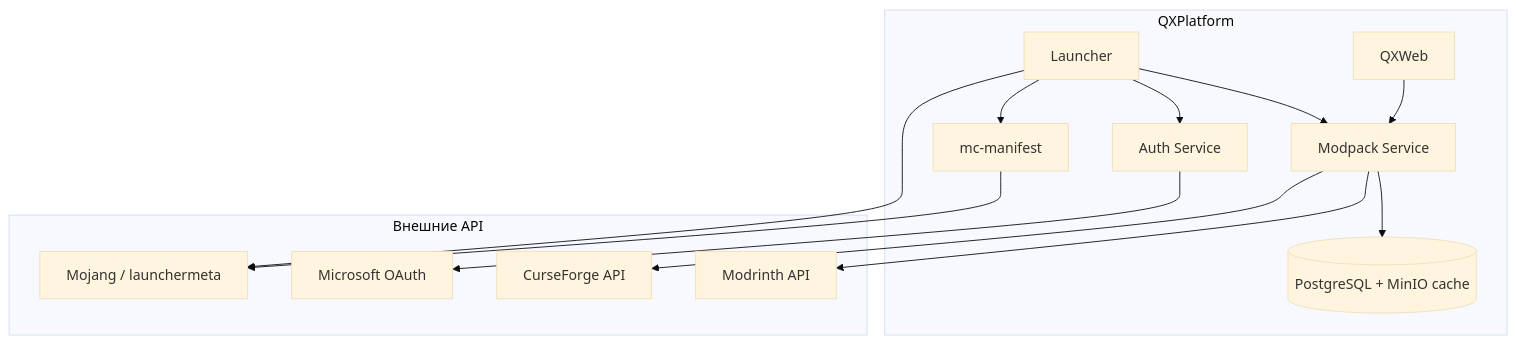
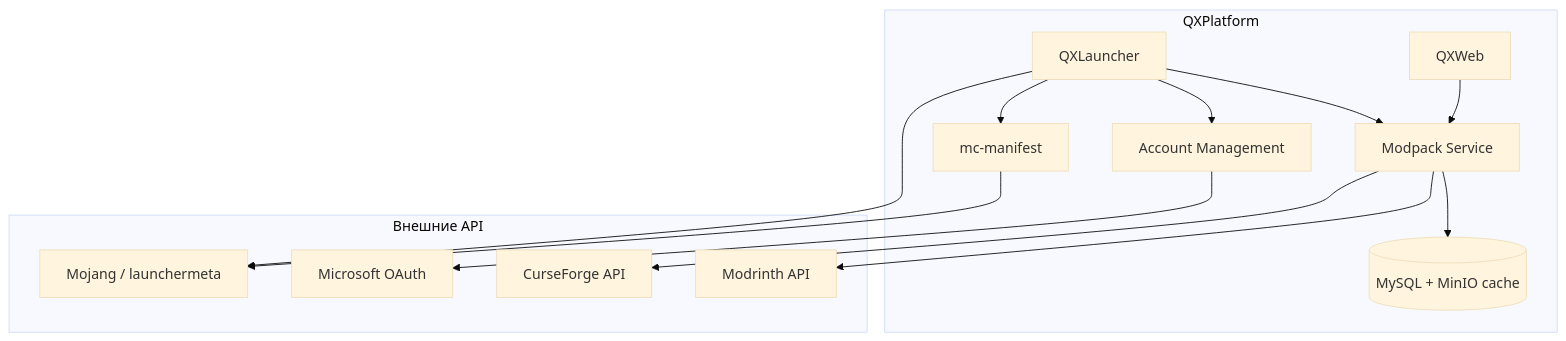
Before and after one commit to mindevis/qx-project: the ninth of 16 diagrams in docs/architecture.md, drawn with Mermaid (base theme). The commit also changed other lines of this file and 10 other files, not shown here.

````diff
--- a/docs/architecture.md
+++ b/docs/architecture.md
@@ -614,30 +630,30 @@
 ```mermaid
 flowchart TB
     subgraph qx [QXPlatform]
         Web[QXWeb]
-        Launcher[Launcher]
-        Auth[Auth Service]
+        Launcher[QXLauncher]
+        AccountMgmt[Account Management]
         ModpackSvc[Modpack Service]
         McMeta[mc-manifest]
-        Cache[(PostgreSQL + MinIO cache)]
+        Cache[(MySQL + MinIO cache)]
     end
 
     subgraph external [Внешние API]
         Mojang[Mojang / launchermeta]
         MS[Microsoft OAuth]
         CF[CurseForge API]
         MR[Modrinth API]
     end
 
     Web --> ModpackSvc
     Launcher --> ModpackSvc
     Launcher --> McMeta
-    Launcher --> Auth
+    Launcher --> AccountMgmt
 
-    Auth --> MS
+    AccountMgmt --> MS
     McMeta --> Mojang
     ModpackSvc --> CF
     ModpackSvc --> MR
     ModpackSvc --> Cache
     Launcher --> Mojang
 ```
````
